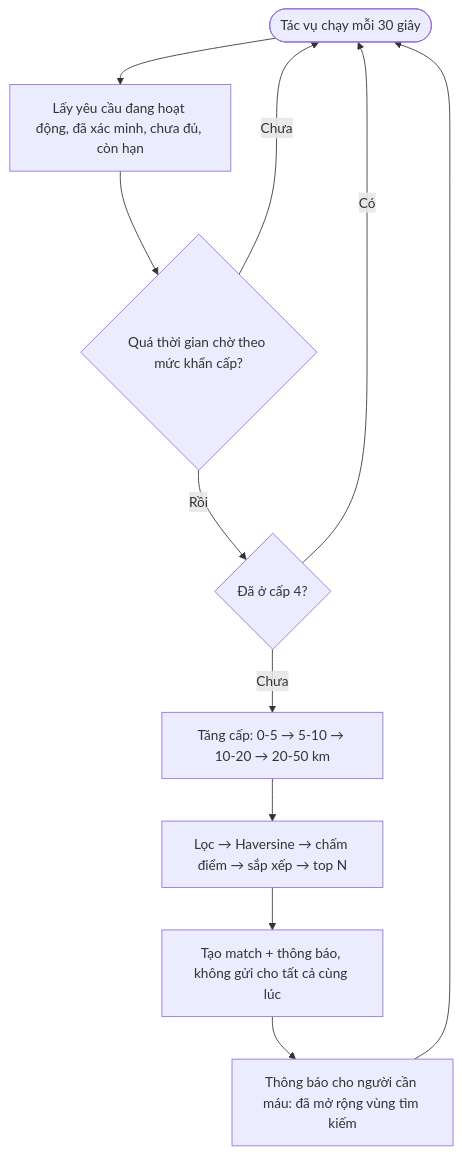
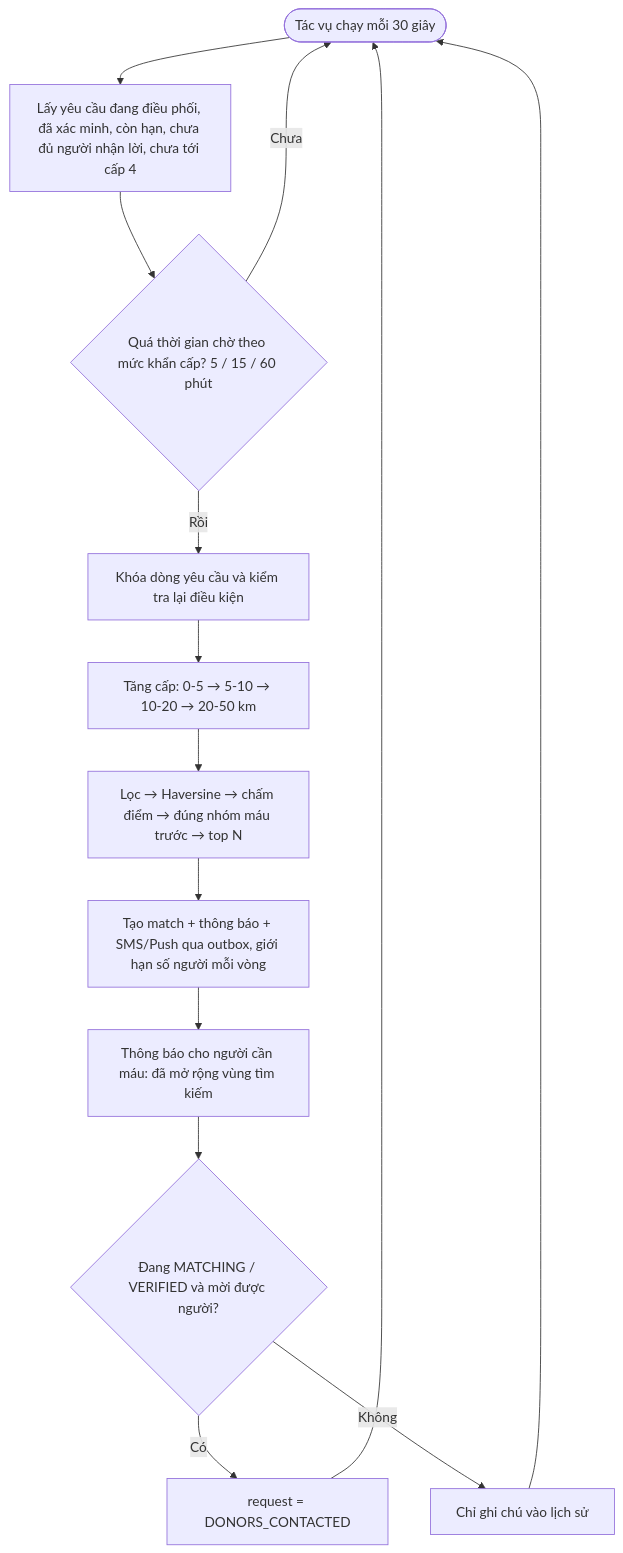
Before and after one commit to nhungoc260/lifely_demo: diagram 17 of 18 in docs/ARCHITECTURE.md, drawn with Mermaid. The commit also changed other lines of this file and 14 other files, not shown here.

````diff
--- a/docs/ARCHITECTURE.md
+++ b/docs/ARCHITECTURE.md
@@ -214,12 +792,14 @@
 ```mermaid
 flowchart TD
-  S(["Tác vụ chạy mỗi 30 giây"]) --> R["Lấy yêu cầu đang hoạt động, đã xác minh, chưa đủ, còn hạn"]
-  R --> D{"Quá thời gian chờ theo mức khẩn cấp?"}
+  S(["Tác vụ chạy mỗi 30 giây"]) --> R["Lấy yêu cầu đang điều phối, đã xác minh, còn hạn, chưa đủ người nhận lời, chưa tới cấp 4"]
+  R --> D{"Quá thời gian chờ theo mức khẩn cấp? 5 / 15 / 60 phút"}
   D -- "Chưa" --> S
-  D -- "Rồi" --> L{"Đã ở cấp 4?"}
-  L -- "Có" --> S
-  L -- "Chưa" --> U["Tăng cấp: 0-5 → 5-10 → 10-20 → 20-50 km"]
-  U --> M["Lọc → Haversine → chấm điểm → sắp xếp → top N"]
-  M --> C["Tạo match + thông báo, không gửi cho tất cả cùng lúc"]
-  C --> T["Thông báo cho người cần máu: đã mở rộng vùng tìm kiếm"] --> S
+  D -- "Rồi" --> U["Khóa dòng yêu cầu và kiểm tra lại điều kiện"]
+  U --> L["Tăng cấp: 0-5 → 5-10 → 10-20 → 20-50 km"]
+  L --> M["Lọc → Haversine → chấm điểm → đúng nhóm máu trước → top N"]
+  M --> C["Tạo match + thông báo + SMS/Push qua outbox, giới hạn số người mỗi vòng"]
+  C --> T["Thông báo cho người cần máu: đã mở rộng vùng tìm kiếm"]
+  T --> ST{"Đang MATCHING / VERIFIED và mời được người?"}
+  ST -- "Có" --> DC["request = DONORS_CONTACTED"] --> S
+  ST -- "Không" --> NT["Chỉ ghi chú vào lịch sử"] --> S
 ```
````
